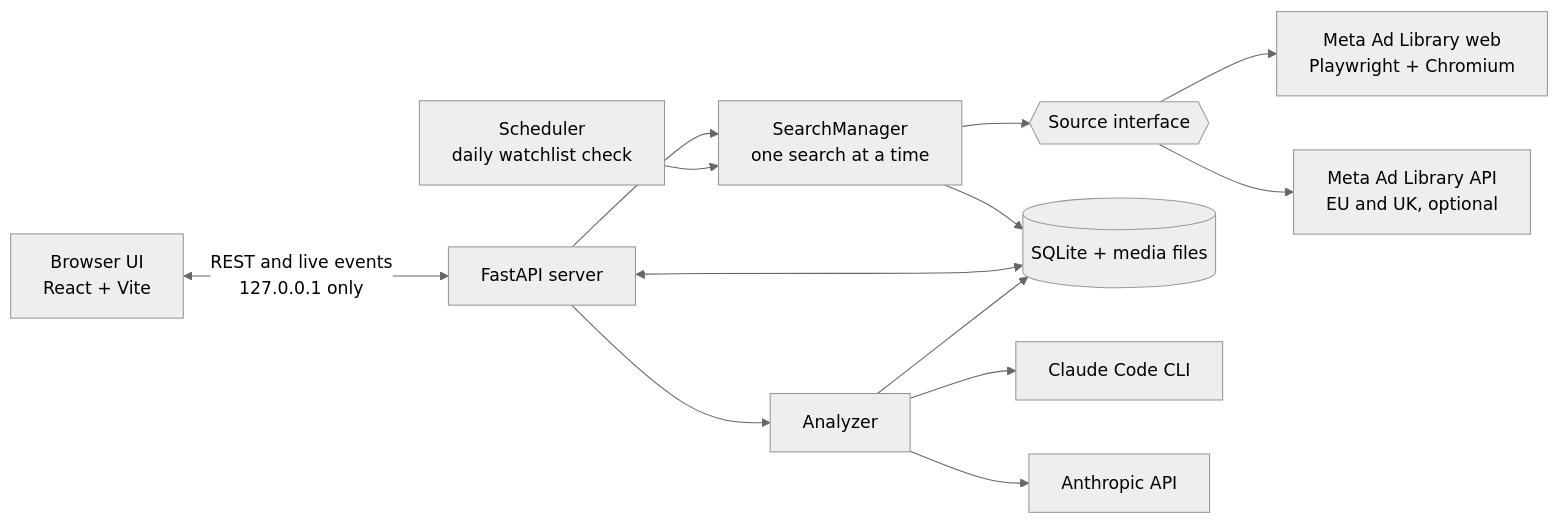
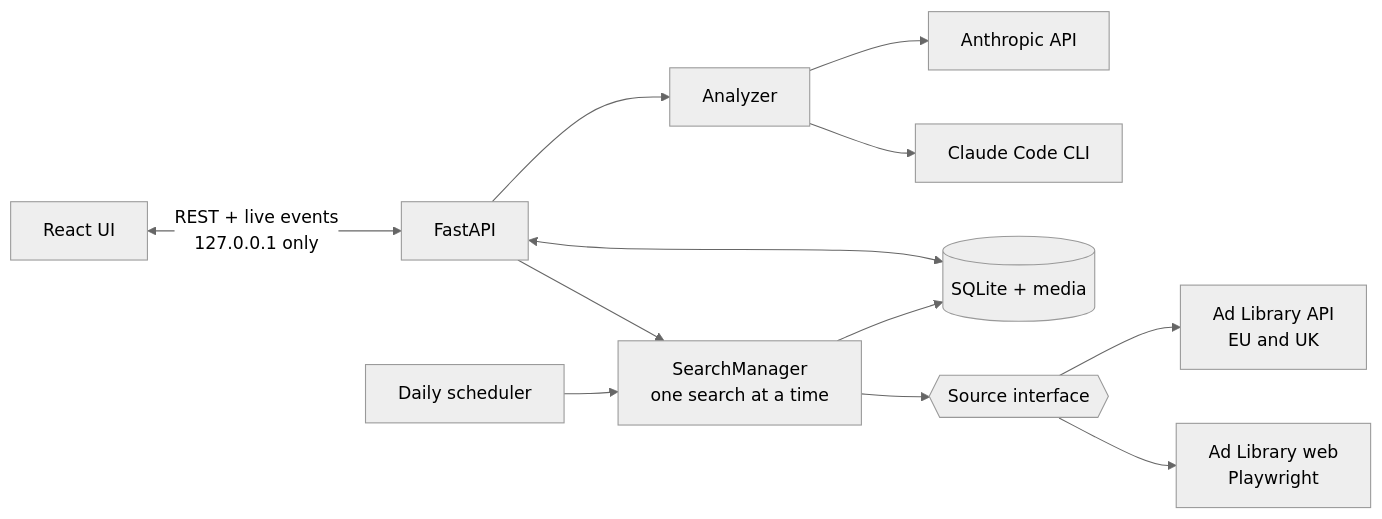
The diagram in README.md (SmitHunter/adscout), drawn with Mermaid (neutral theme) before and after one commit. The commit also changed other lines of this file, not shown here.

````diff
--- a/README.md
+++ b/README.md
@@ -107,15 +91,14 @@
 ```mermaid
 flowchart LR
-    UI["Browser UI<br/>React + Vite"] <-->|"REST and live events<br/>127.0.0.1 only"| API["FastAPI server"]
+    UI["React UI"] <-->|"REST + live events<br/>127.0.0.1 only"| API["FastAPI"]
     API --> SM["SearchManager<br/>one search at a time"]
-    SCH["Scheduler<br/>daily watchlist check"] --> SM
+    SCH["Daily scheduler"] --> SM
     SM --> SRC{{"Source interface"}}
-    SRC --> WEB["Meta Ad Library web<br/>Playwright + Chromium"]
-    SRC --> MAPI["Meta Ad Library API<br/>EU and UK, optional"]
-    SM --> DB[("SQLite + media files")]
+    SRC --> WEB["Ad Library web<br/>Playwright"]
+    SRC --> MAPI["Ad Library API<br/>EU and UK"]
+    SM --> DB[("SQLite + media")]
     API <--> DB
     API --> AN["Analyzer"]
     AN --> CC["Claude Code CLI"]
     AN --> ANT["Anthropic API"]
-    AN --> DB
 ```
````
